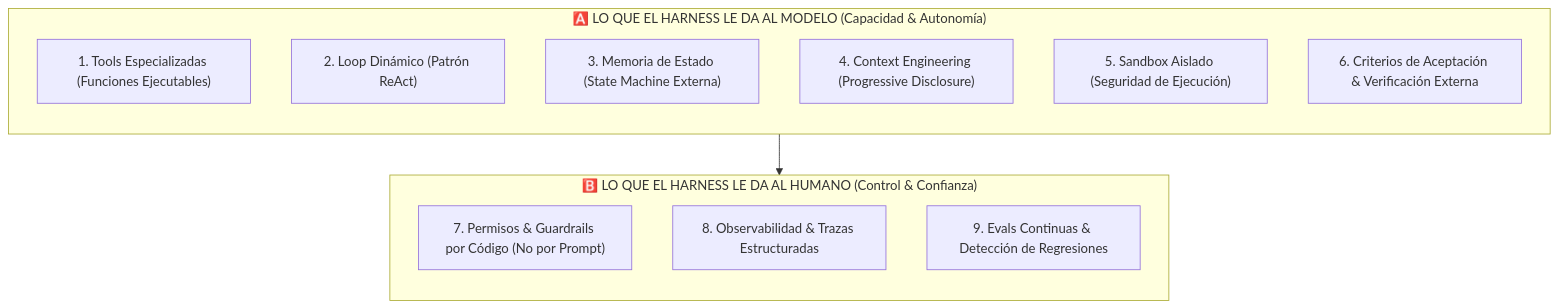
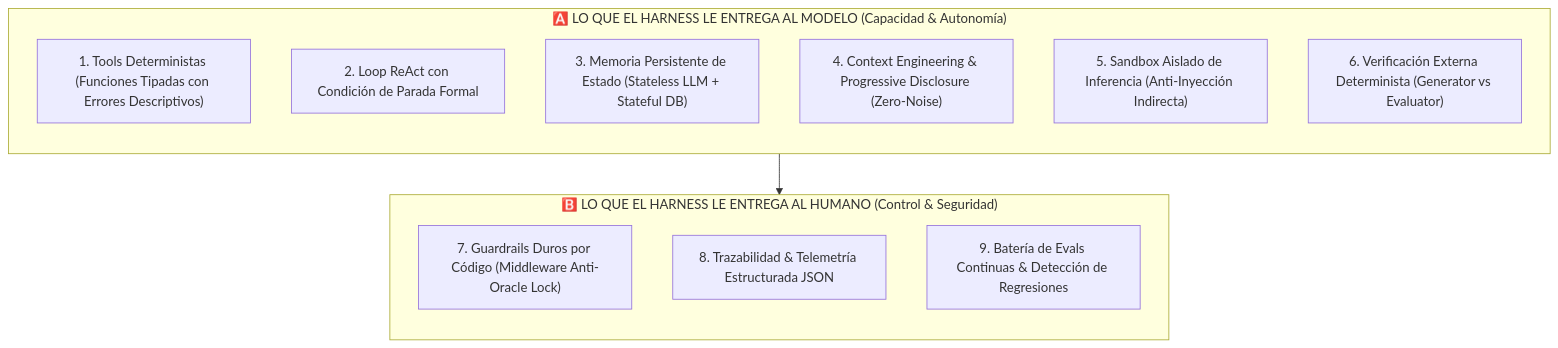
Before and after one commit to moisesrojasp89-Dev/AEONv2: the third of 4 diagrams in docs/GUIA_HARNESS_ENGINEERING.md, drawn with Mermaid. The commit also changed other lines of this file and 4 other files, not shown here.

Commit message:
docs: visual upgrade with Mermaid diagrams, KaTeX formulas, and senior engineering standards

````diff
--- a/docs/GUIA_HARNESS_ENGINEERING.md
+++ b/docs/GUIA_HARNESS_ENGINEERING.md
@@ -24,21 +176,21 @@
 ```mermaid
 flowchart TB
-    subgraph MODEL_SUPPORT ["🅰️ LO QUE EL HARNESS LE DA AL MODELO (Capacidad & Autonomía)"]
+    subgraph MODEL_SUPPORT ["🅰️ LO QUE EL HARNESS LE ENTREGA AL MODELO (Capacidad & Autonomía)"]
         direction TB
-        B1["1. Tools Especializadas (Funciones Ejecutables)"]
-        B2["2. Loop Dinámico (Patrón ReAct)"]
-        B3["3. Memoria de Estado (State Machine Externa)"]
-        B4["4. Context Engineering (Progressive Disclosure)"]
-        B5["5. Sandbox Aislado (Seguridad de Ejecución)"]
-        B6["6. Criterios de Aceptación & Verificación Externa"]
+        B1["1. Tools Deterministas (Funciones Tipadas con Errores Descriptivos)"]
+        B2["2. Loop ReAct con Condición de Parada Formal"]
+        B3["3. Memoria Persistente de Estado (Stateless LLM + Stateful DB)"]
+        B4["4. Context Engineering & Progressive Disclosure (Zero-Noise)"]
+        B5["5. Sandbox Aislado de Inferencia (Anti-Inyección Indirecta)"]
+        B6["6. Verificación Externa Determinista (Generator vs Evaluator)"]
     end
 
-    subgraph HUMAN_GOVERNANCE ["🅱️ LO QUE EL HARNESS LE DA AL HUMANO (Control & Confianza)"]
+    subgraph HUMAN_GOVERNANCE ["🅱️ LO QUE EL HARNESS LE ENTREGA AL HUMANO (Control & Seguridad)"]
         direction TB
-        B7["7. Permisos & Guardrails por Código (No por Prompt)"]
-        B8["8. Observabilidad & Trazas Estructuradas"]
-        B9["9. Evals Continuas & Detección de Regresiones"]
+        B7["7. Guardrails Duros por Código (Middleware Anti-Oracle Lock)"]
+        B8["8. Trazabilidad & Telemetría Estructurada JSON"]
+        B9["9. Batería de Evals Continuas & Detección de Regresiones"]
     end
 
     MODEL_SUPPORT --> HUMAN_GOVERNANCE
 ```
````
